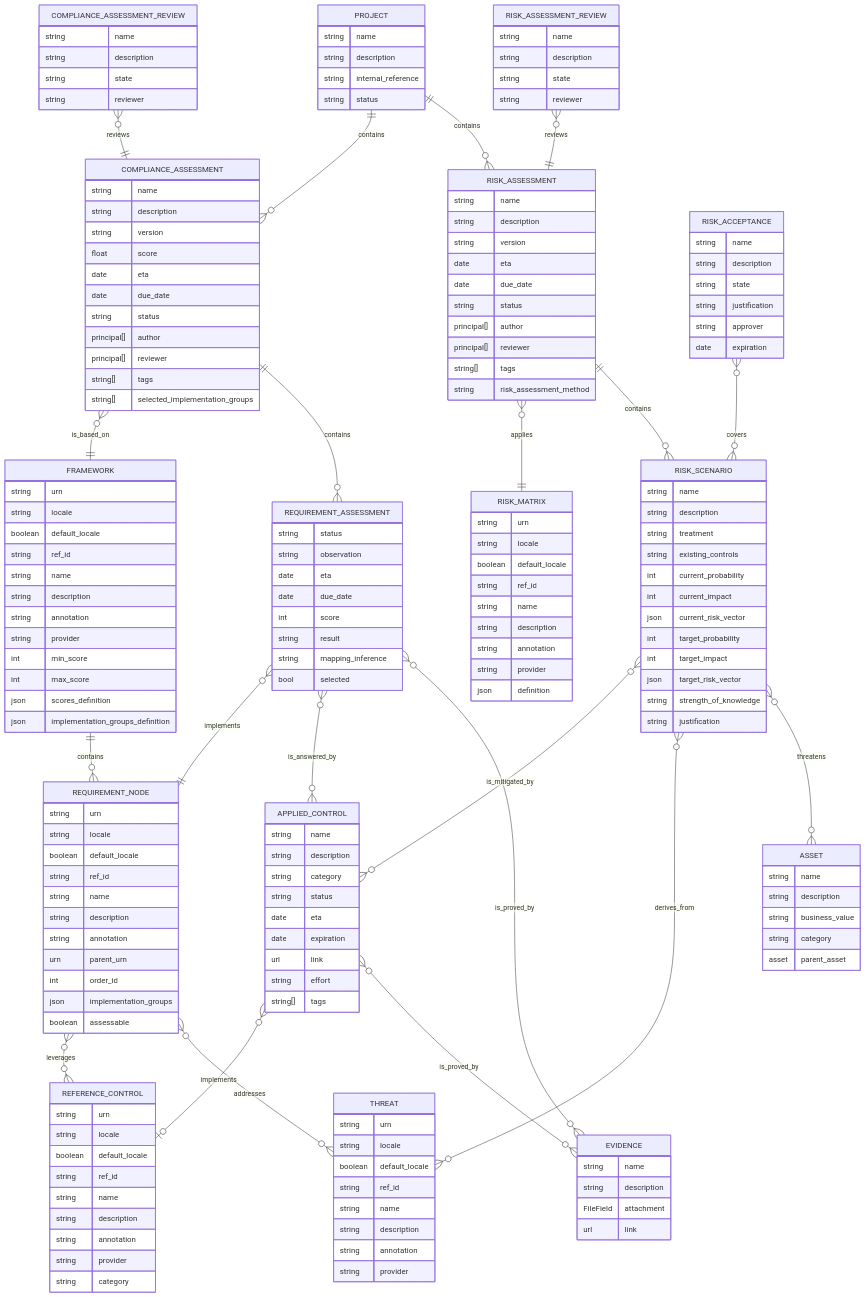
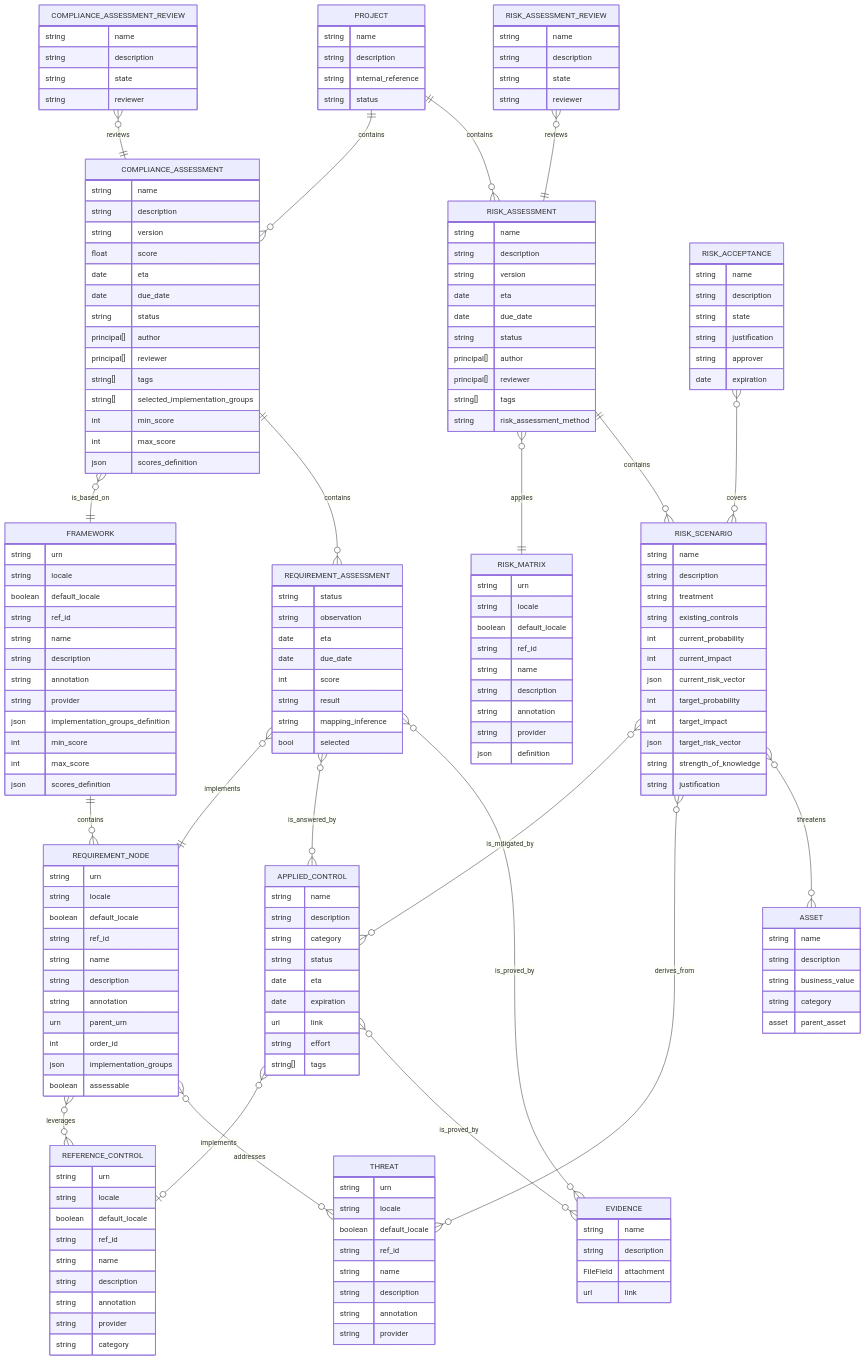
Before and after one commit to intuitem/ciso-assistant-community: the fourth of 7 diagrams in documentation/architecture/data-model.md, drawn with Mermaid. The commit also changed other lines of this file and 4 other files, not shown here.

```diff
--- a/documentation/architecture/data-model.md
+++ b/documentation/architecture/data-model.md
@@ -108,10 +108,10 @@
         string  description
         string  annotation
         string  provider
+        json    implementation_groups_definition
         int     min_score
         int     max_score
         json    scores_definition
-        json    implementation_groups_definition
     }
 
     COMPLIANCE_ASSESSMENT {
@@ -127,6 +127,9 @@
         principal[] reviewer
         string[]    tags
         string[]    selected_implementation_groups
+        int     min_score
+        int     max_score
+        json    scores_definition
     }
 
     RISK_ASSESSMENT {
```
